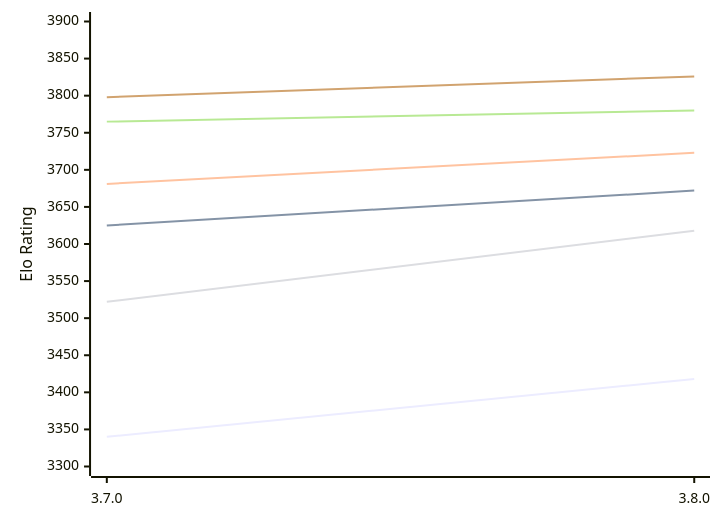
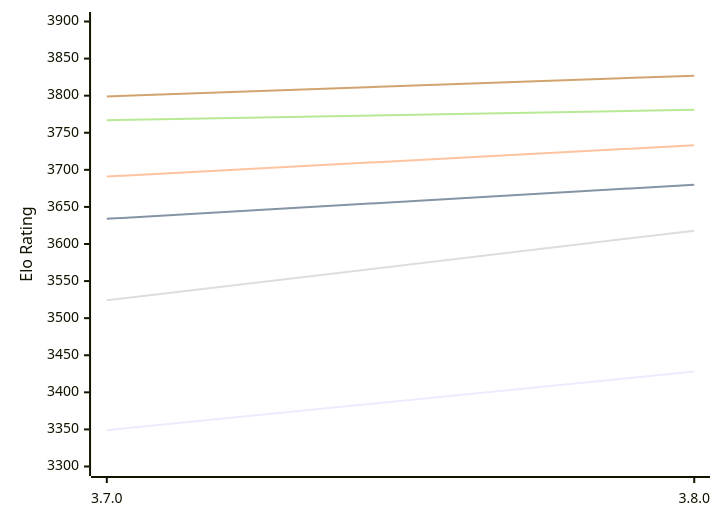
The first of 2 diagrams in engines/Igel.md (computer-chess-index/cci), drawn with Mermaid before and after one commit. The commit also changed other lines of this file, not shown here.

Commit message:
Update CCI Ratings (ELO VLTC) - 2026-11-07

````diff
--- a/engines/Igel.md
+++ b/engines/Igel.md
@@ -51,12 +51,12 @@
 ```mermaid
 %%{init: {"theme":"base","themeVariables":{"seriesColors:['#a3a3a3','#222221','#faa371']}}}%%
 xychart-beta
   x-axis ["3.7.0", "3.8.0"]
   y-axis "Elo Rating" 3300 --> 3900
-  line "E1: STC (8.0+0.08s)" [3340, 3418]
-  line "E1: LTC (60.0+0.60s)" [3625, 3672]
-  line "E1: VLTC (2m24s+1.12s)" [3681, 3723]
-  line "P1: STC (8.0+0.08s)" [3522, 3618]
-  line "P1: LTC (60.0+0.60s)" [3765, 3780]
-  line "P1: VLTC (2m24s+1.12s)" [3798, 3826]
+  line "E1: STC (8.0+0.08s)" [3349, 3428]
+  line "E1: LTC (60.0+0.60s)" [3634, 3680]
+  line "E1: VLTC (2m24s+1.12s)" [3691, 3733]
+  line "P1: STC (8.0+0.08s)" [3524, 3618]
+  line "P1: LTC (60.0+0.60s)" [3767, 3781]
+  line "P1: VLTC (2m24s+1.12s)" [3799, 3827]
 ```
````
